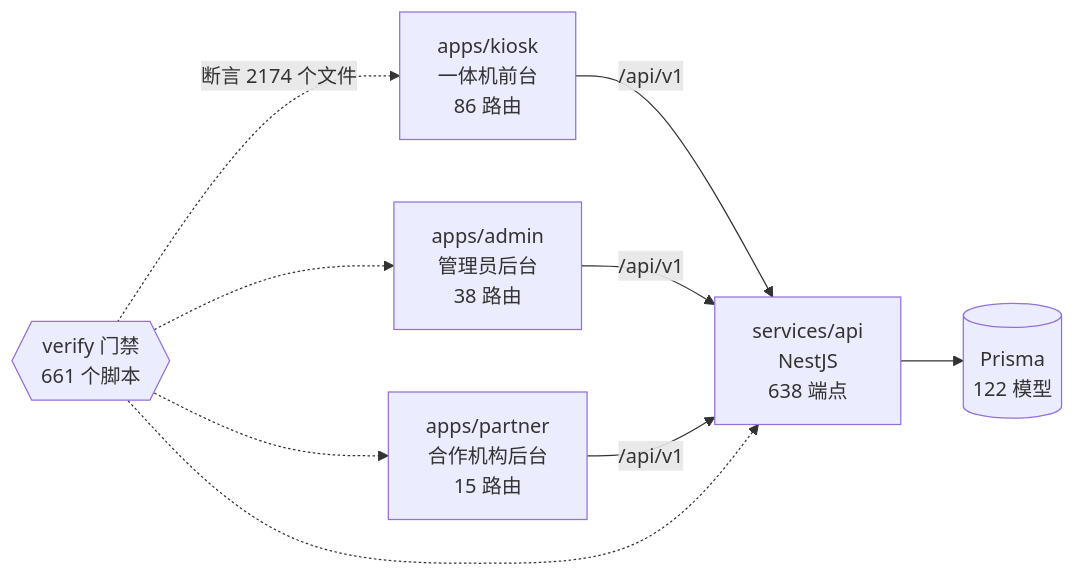
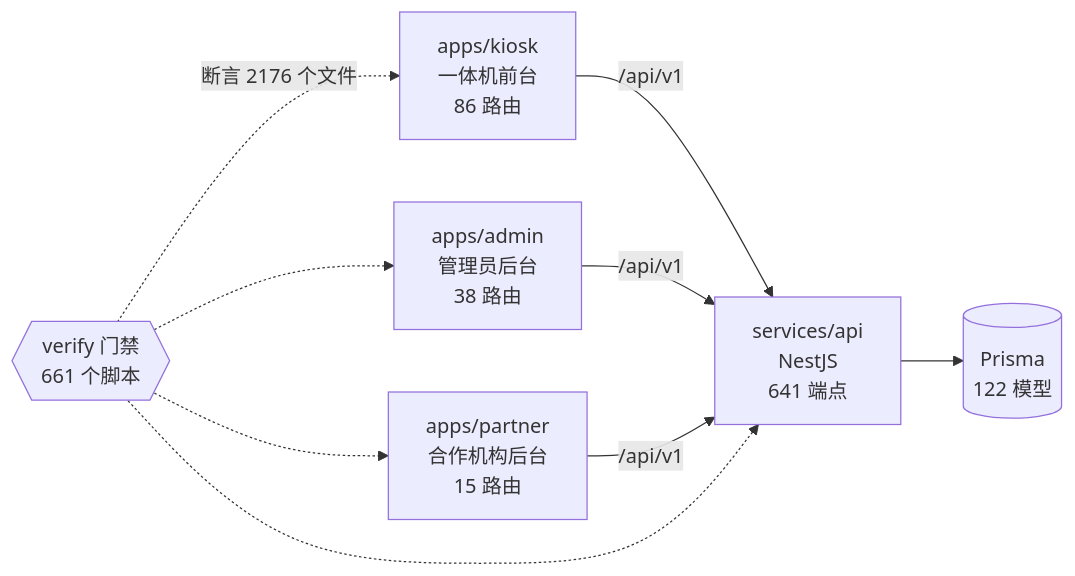
The diagram in docs/graph/README.md (wanglei581/YITIJI), drawn with Mermaid before and after one commit. The commit also changed other lines of this file and 21 other files, not shown here.

````diff
--- a/docs/graph/README.md
+++ b/docs/graph/README.md
@@ -68,18 +68,18 @@
 ```mermaid
 flowchart LR
   kiosk["apps/kiosk<br/>一体机前台<br/>86 路由"]
   admin["apps/admin<br/>管理员后台<br/>38 路由"]
   partner["apps/partner<br/>合作机构后台<br/>15 路由"]
-  api["services/api<br/>NestJS<br/>638 端点"]
+  api["services/api<br/>NestJS<br/>641 端点"]
   db[("Prisma<br/>122 模型")]
   gates{{"verify 门禁<br/>661 个脚本"}}
 
   kiosk -->|"/api/v1"| api
   admin -->|"/api/v1"| api
   partner -->|"/api/v1"| api
   api --> db
-  gates -.->|"断言 2174 个文件"| kiosk
+  gates -.->|"断言 2176 个文件"| kiosk
   gates -.-> admin
   gates -.-> partner
   gates -.-> api
 ```
````
